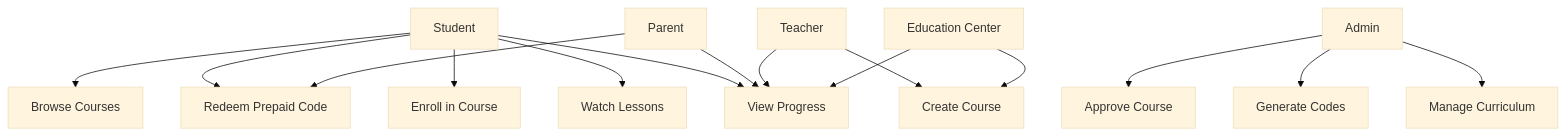
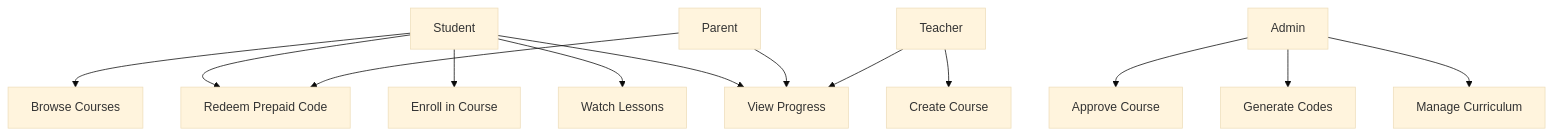
One commit to AntoniusAtefGhaly/elearning-po-system-design changed the second of 5 diagrams in Elearning-Website-Documentation/Optional-Documents/07-basic-diagrams.md. Above: the diagram before and after it, drawn with Mermaid (base theme). The commit also changed other lines of this file and 16 other files, not shown here.

Commit message:
Remove education center scope and add system design notes

````diff
--- a/Elearning-Website-Documentation/Optional-Documents/07-basic-diagrams.md
+++ b/Elearning-Website-Documentation/Optional-Documents/07-basic-diagrams.md
@@ -21,37 +20,34 @@
 ```mermaid
 flowchart TB
     Student["Student"]
     Parent["Parent"]
     Teacher["Teacher"]
-    Center["Education Center"]
     Admin["Admin"]
 
     Browse["Browse Courses"]
     Redeem["Redeem Prepaid Code"]
     Enroll["Enroll in Course"]
     Watch["Watch Lessons"]
     Progress["View Progress"]
     CreateCourse["Create Course"]
     ApproveCourse["Approve Course"]
     GenerateCodes["Generate Codes"]
     ManageCurriculum["Manage Curriculum"]
 
     Student --> Browse
     Student --> Redeem
     Student --> Enroll
     Student --> Watch
     Student --> Progress
 
     Parent --> Redeem
     Parent --> Progress
 
     Teacher --> CreateCourse
     Teacher --> Progress
 
-    Center --> CreateCourse
-    Center --> Progress
 
     Admin --> ApproveCourse
     Admin --> GenerateCodes
     Admin --> ManageCurriculum
 ```
````
